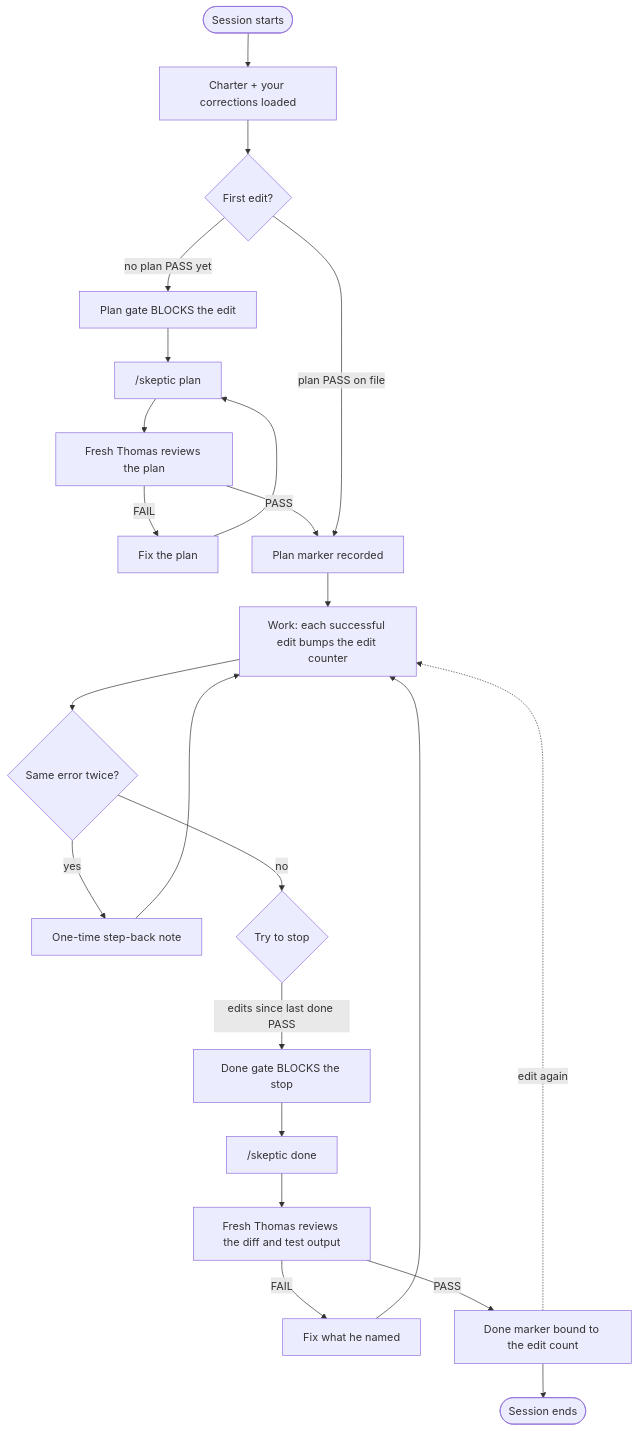
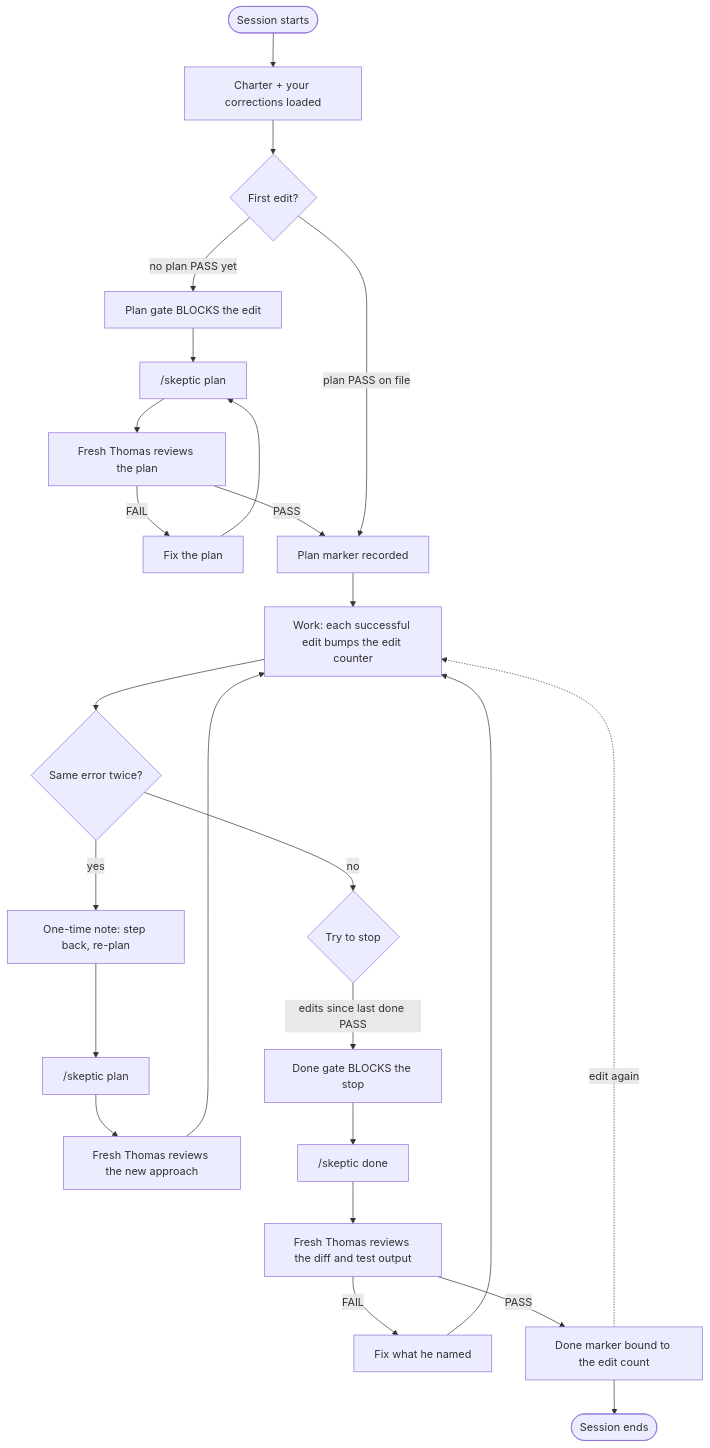
The first of 2 diagrams in README.md (billmote/doubting-thomas), drawn with Mermaid before and after one commit. The commit also changed other lines of this file and 3 other files, not shown here.

First line of the commit message:
Error-repeat checkpoint now sends Claude to /skeptic plan: three Thomas moments, README matches

````diff
--- a/README.md
+++ b/README.md
@@ -7,22 +7,22 @@
 ```mermaid
 flowchart TD
     A([Session starts]) --> B[Charter + your corrections loaded]
     B --> C{First edit?}
     C -->|no plan PASS yet| D[Plan gate BLOCKS the edit]
     D --> E["/skeptic plan"]
     E --> F[Fresh Thomas reviews the plan]
     F -->|FAIL| G[Fix the plan] --> E
     F -->|PASS| H[Plan marker recorded]
     C -->|plan PASS on file| H
     H --> I[Work: each successful edit bumps the edit counter]
     I --> J{Same error twice?}
-    J -->|yes| K[One-time step-back note] --> I
+    J -->|yes| K[One-time note: step back, re-plan] --> K2["/skeptic plan"] --> K3[Fresh Thomas reviews the new approach] --> I
     J -->|no| L{Try to stop}
     L -->|edits since last done PASS| M[Done gate BLOCKS the stop]
     M --> N["/skeptic done"]
     N --> O[Fresh Thomas reviews the diff and test output]
     O -->|FAIL| P[Fix what he named] --> I
     O -->|PASS| Q[Done marker bound to the edit count]
     Q --> R([Session ends])
     Q -.->|edit again| I
 ```
````
